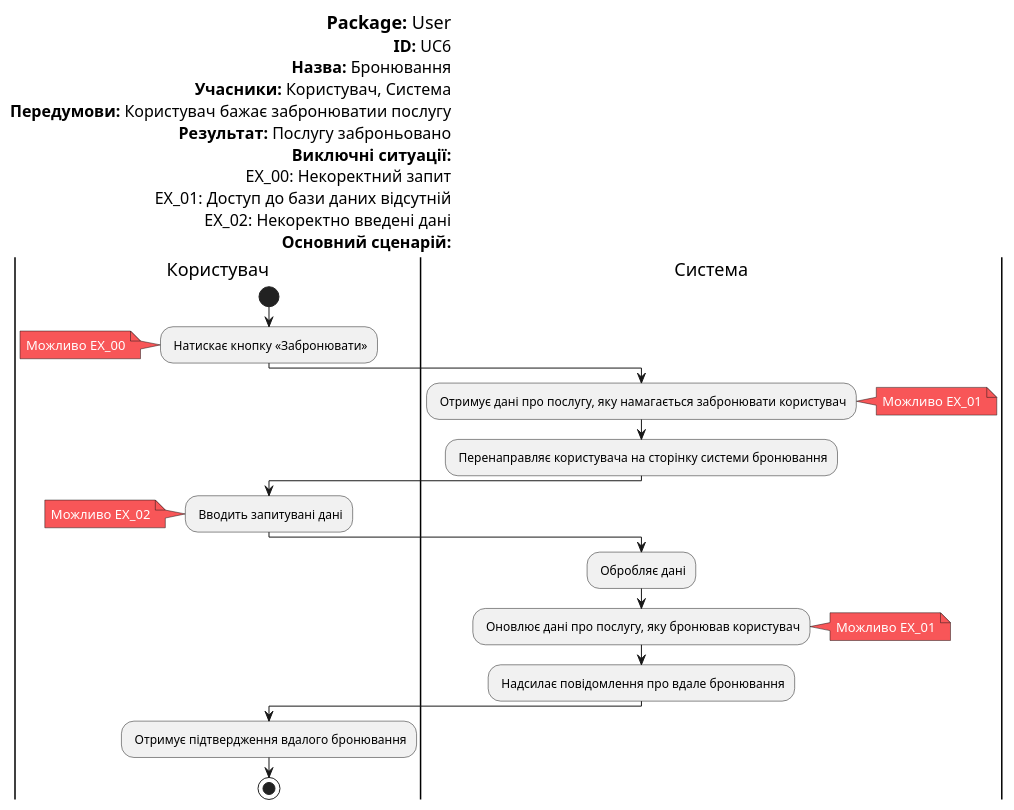
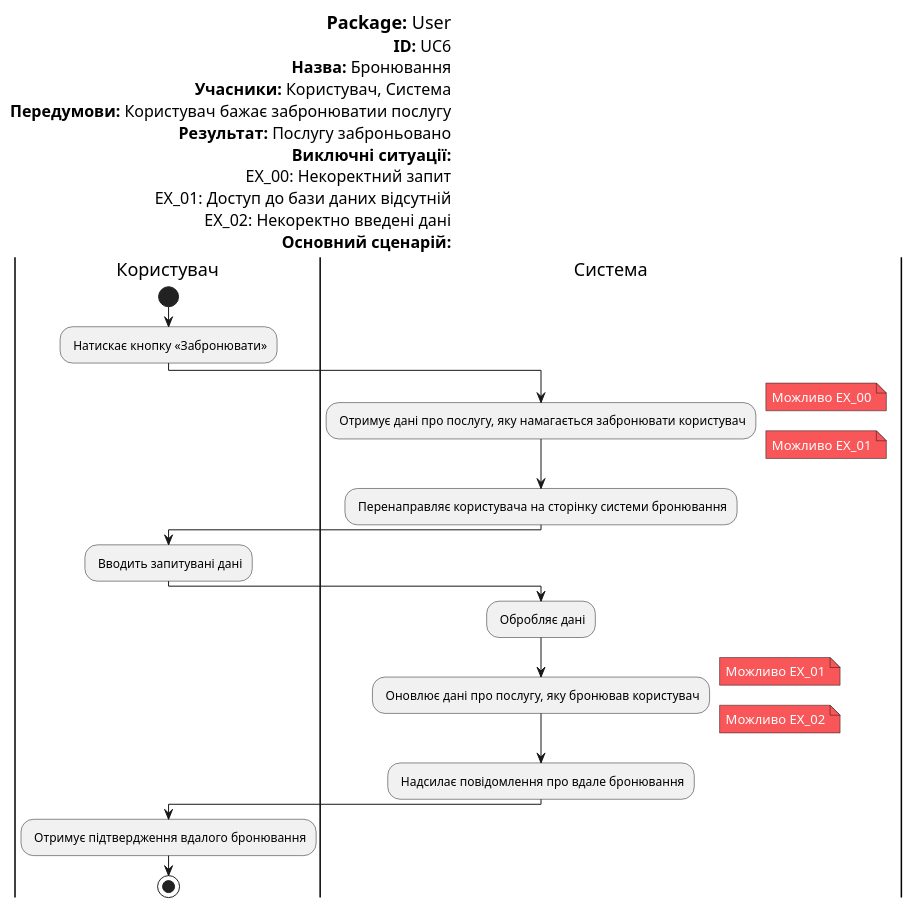
One commit to yehorbk/kpi-programming changed the diagram in UML/user/Diagrams/booking.pu. Above: the diagram before and after it, drawn with PlantUML.

```diff
--- a/UML/user/Diagrams/booking.pu
+++ b/UML/user/Diagrams/booking.pu
@@ -1,58 +1,58 @@
-@startuml 
-
+@startuml
 left header
 <font color=000 size=18><b>Package:</b> User
 <font color=000 size=16><b>ID:</b> UC6
 <font color=000 size=16><b>Назва:</b> Бронювання
 <font color=000 size=16><b>Учасники:</b> Користувач, Система
 <font color=000 size=16><b>Передумови:</b> Користувач бажає забронюватии послугу
 <font color=000 size=16><b>Результат:</b> Послугу заброньовано
 <font color=000 size=16><b>Виключні ситуації:</b>
 <font color=000 size=16>EX_00: Некоректний запит
 <font color=000 size=16>EX_01: Доступ до бази даних відсутній
 <font color=000 size=16>EX_02: Некоректно введені дані
 <font color=000 size=16><b>Основний сценарій:</b>
 end header
 
 skinparam	shadowing false
 skinparam Note {
 	BackgroundColor #f85658
 	FontColor #ffffff
 }
 
 |Користувач|
 start
 : Натискає кнопку «Забронювати»;
-note left
-Можливо ЕХ_00
-end note
+
 
 |Система|
 : Отримує дані про послугу, яку намагається забронювати користувач;
+note right
+Можливо ЕХ_00
+end note
 note right
 Можливо ЕХ_01
 end note
 
 : Перенаправляє користувача на сторінку системи бронювання;
 
 |Користувач|
 : Вводить запитувані дані;
-note left
-Можливо ЕХ_02
-end note
 
 |Система|
 : Обробляє дані;
 
 : Оновлює дані про послугу, яку бронював користувач;
 note right
 Можливо ЕХ_01
+end note
+note right
+Можливо ЕХ_02
 end note
 
 : Надсилає повідомлення про вдале бронювання;
 
 |Користувач|
 : Отримує підтвердження вдалого бронювання;
 
 stop;
 @enduml
```
